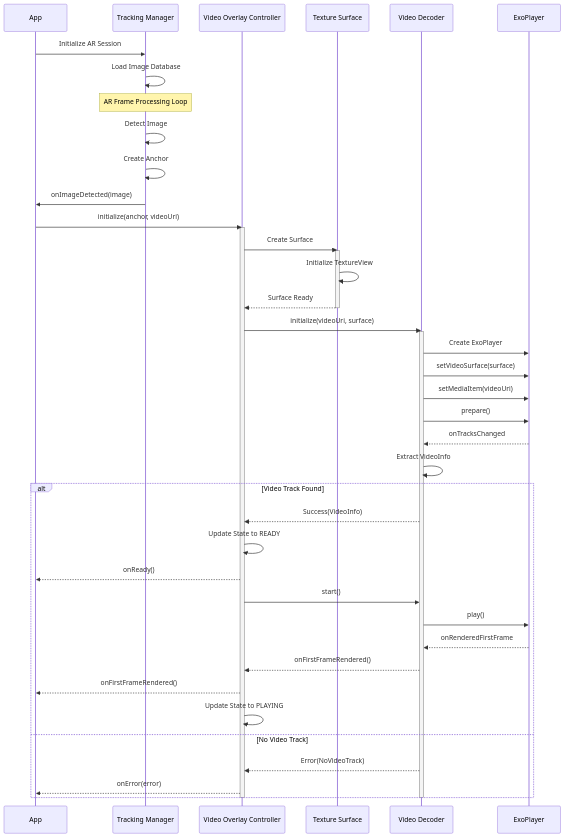
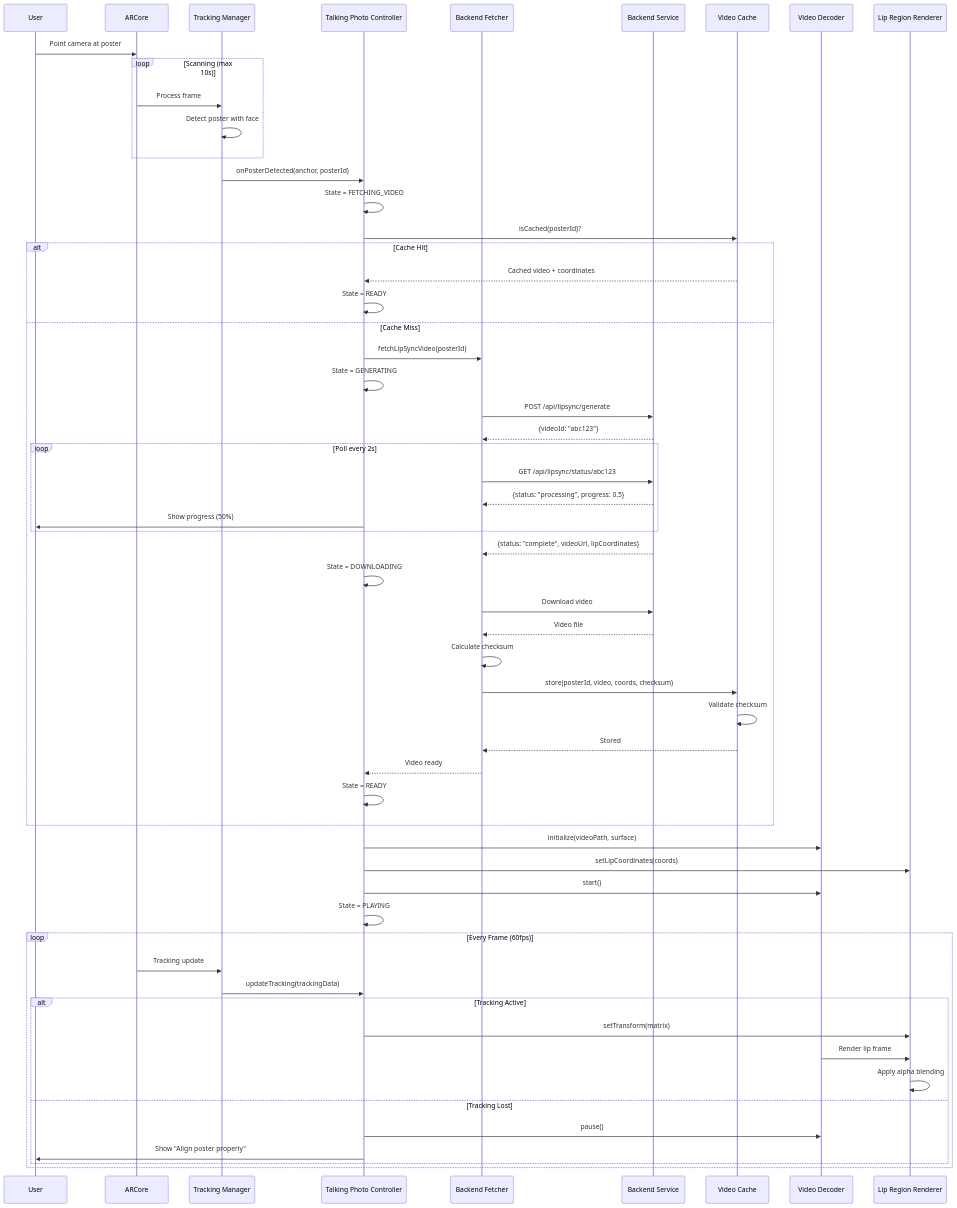
One commit to ajitreddy013/TalkAR changed the fourth of 7 diagrams in .kiro/specs/ar-video-overlay-tracking/design.md. Above: the diagram before and after it, drawn with Mermaid. The commit also changed other lines of this file and 2 other files, not shown here.

Commit message:
Update spec files - Phase 2 complete

````diff
--- a/.kiro/specs/ar-video-overlay-tracking/design.md
+++ b/.kiro/specs/ar-video-overlay-tracking/design.md
@@ -617,57 +1670,74 @@
 ```mermaid
 sequenceDiagram
-    participant App
+    participant User
+    participant AR as ARCore
     participant TM as Tracking Manager
-    participant VC as Video Overlay Controller
-    participant TS as Texture Surface
+    participant TC as Talking Photo Controller
+    participant BF as Backend Fetcher
+    participant BE as Backend Service
+    participant VC as Video Cache
     participant VD as Video Decoder
-    participant EP as ExoPlayer
+    participant LR as Lip Region Renderer
     
-    App->>TM: Initialize AR Session
-    TM->>TM: Load Image Database
+    User->>AR: Point camera at poster
     
-    Note over TM: AR Frame Processing Loop
-    TM->>TM: Detect Image
-    TM->>TM: Create Anchor
-    TM->>App: onImageDetected(image)
-    
-    App->>VC: initialize(anchor, videoUri)
-    activate VC
-    
-    VC->>TS: Create Surface
-    activate TS
-    TS->>TS: Initialize TextureView
-    TS-->>VC: Surface Ready
-    deactivate TS
-    
-    VC->>VD: initialize(videoUri, surface)
-    activate VD
-    
-    VD->>EP: Create ExoPlayer
-    VD->>EP: setVideoSurface(surface)
-    VD->>EP: setMediaItem(videoUri)
-    VD->>EP: prepare()
-    
-    EP-->>VD: onTracksChanged
-    VD->>VD: Extract VideoInfo
-    
-    alt Video Track Found
-        VD-->>VC: Success(VideoInfo)
-        VC->>VC: Update State to READY
-        VC-->>App: onReady()
-        
-        VC->>VD: start()
-        VD->>EP: play()
-        
-        EP-->>VD: onRenderedFirstFrame
-        VD-->>VC: onFirstFrameRendered()
-        VC-->>App: onFirstFrameRendered()
-        VC->>VC: Update State to PLAYING
-    else No Video Track
-        VD-->>VC: Error(NoVideoTrack)
-        VC-->>App: onError(error)
+    loop Scanning (max 10s)
+        AR->>TM: Process frame
+        TM->>TM: Detect poster with face
     end
     
-    deactivate VD
-    deactivate VC
+    TM->>TC: onPosterDetected(anchor, posterId)
+    TC->>TC: State = FETCHING_VIDEO
+    
+    TC->>VC: isCached(posterId)?
+    
+    alt Cache Hit
+        VC-->>TC: Cached video + coordinates
+        TC->>TC: State = READY
+    else Cache Miss
+        TC->>BF: fetchLipSyncVideo(posterId)
+        TC->>TC: State = GENERATING
+        
+        BF->>BE: POST /api/lipsync/generate
+        BE-->>BF: {videoId: "abc123"}
+        
+        loop Poll every 2s
+            BF->>BE: GET /api/lipsync/status/abc123
+            BE-->>BF: {status: "processing", progress: 0.5}
+            TC->>User: Show progress (50%)
+        end
+        
+        BE-->>BF: {status: "complete", videoUrl, lipCoordinates}
+        TC->>TC: State = DOWNLOADING
+        
+        BF->>BE: Download video
+        BE-->>BF: Video file
+        
+        BF->>BF: Calculate checksum
+        BF->>VC: store(posterId, video, coords, checksum)
+        VC->>VC: Validate checksum
+        VC-->>BF: Stored
+        
+        BF-->>TC: Video ready
+        TC->>TC: State = READY
+    end
+    
+    TC->>VD: initialize(videoPath, surface)
+    TC->>LR: setLipCoordinates(coords)
+    TC->>VD: start()
+    TC->>TC: State = PLAYING
+    
+    loop Every Frame (60fps)
+        AR->>TM: Tracking update
+        TM->>TC: updateTracking(trackingData)
+        
+        alt Tracking Active
+            TC->>LR: setTransform(matrix)
+            VD->>LR: Render lip frame
+            LR->>LR: Apply alpha blending
+        else Tracking Lost
+            TC->>VD: pause()
+            TC->>User: Show "Align poster properly"
+        end
+    end
 ```
````
